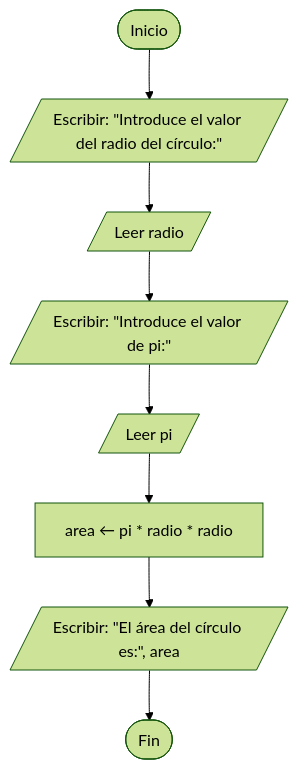
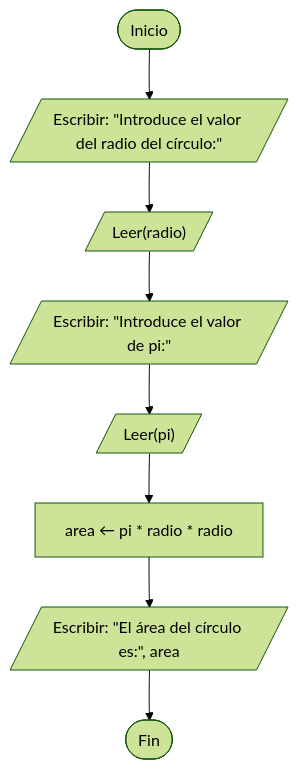
One commit to jjcastroschez/Introduccion-Computacion-Cientifica changed the first of 2 diagrams in 02_algoritmos/teoria/T2_ICC.md. Above: the diagram before and after it, drawn with Mermaid (forest theme). The commit also changed other lines of this file, not shown here.

Commit message:
arreglo diagramas de flujo

````diff
--- a/02_algoritmos/teoria/T2_ICC.md
+++ b/02_algoritmos/teoria/T2_ICC.md
@@ -197,10 +197,10 @@
 ```mermaid
 flowchart TD    
     A([Inicio]) --> B[/Escribir: "Introduce el valor del radio del círculo:"/]
-    B --> C[/Leer radio/]    
+    B --> C[/"Leer(radio)"/]    
     C --> D[/Escribir: "Introduce el valor de pi:"/]    
-    D --> E[/Leer pi/]    
+    D --> E[/"Leer(pi)"/]    
     E --> F[area ← pi * radio * radio]    
     F --> G[/Escribir: "El área del círculo es:", area/]    
     G --> H([Fin])
 ```
````
